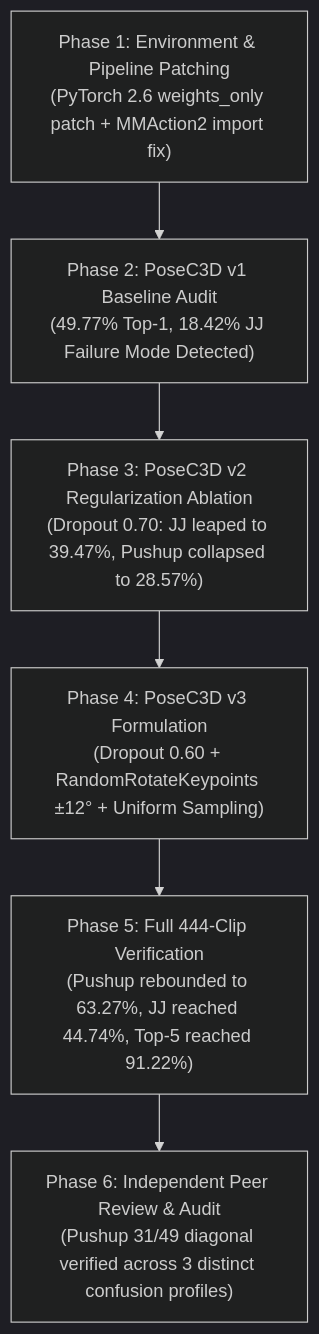
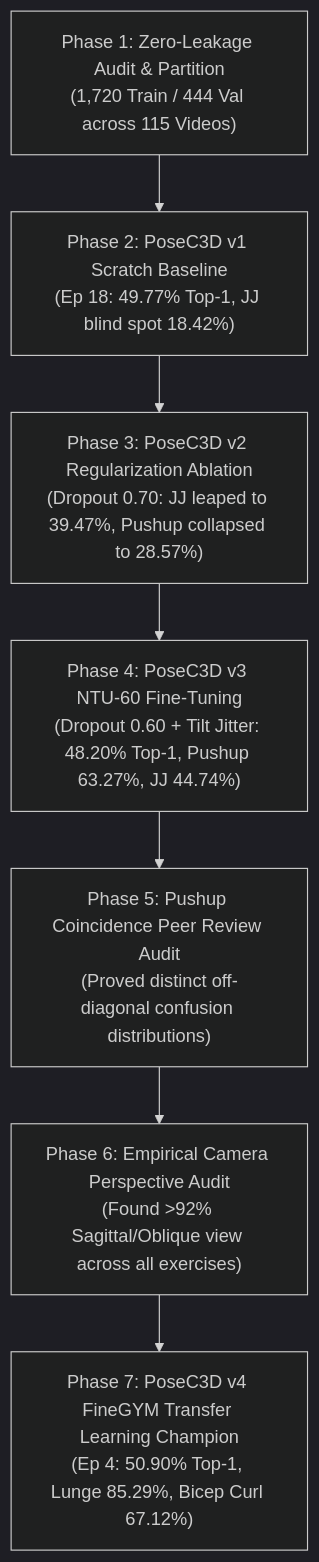
The diagram in FINAL_PRODUCTION_REPORT.md (abdullahej5411/biomechai_model), drawn with Mermaid (dark theme) before and after one commit. The commit also changed other lines of this file and 14 other files, not shown here.

Commit message:
feat: add PoseC3D v4 FineGYM champion, rename posec3d_v5 to v1, and sync reports

````diff
--- a/FINAL_PRODUCTION_REPORT.md
+++ b/FINAL_PRODUCTION_REPORT.md
@@ -70,8 +68,9 @@
 ```mermaid
 flowchart TD
-    P1["Phase 1: Environment & Pipeline Patching<br/>(PyTorch 2.6 weights_only patch + MMAction2 import fix)"] --> P2["Phase 2: PoseC3D v1 Baseline Audit<br/>(49.77% Top-1, 18.42% JJ Failure Mode Detected)"]
+    P1["Phase 1: Zero-Leakage Audit & Partition<br/>(1,720 Train / 444 Val across 115 Videos)"] --> P2["Phase 2: PoseC3D v1 Scratch Baseline<br/>(Ep 18: 49.77% Top-1, JJ blind spot 18.42%)"]
     P2 --> P3["Phase 3: PoseC3D v2 Regularization Ablation<br/>(Dropout 0.70: JJ leaped to 39.47%, Pushup collapsed to 28.57%)"]
-    P3 --> P4["Phase 4: PoseC3D v3 Formulation<br/>(Dropout 0.60 + RandomRotateKeypoints ±12° + Uniform Sampling)"]
-    P4 --> P5["Phase 5: Full 444-Clip Verification<br/>(Pushup rebounded to 63.27%, JJ reached 44.74%, Top-5 reached 91.22%)"]
-    P5 --> P6["Phase 6: Independent Peer Review & Audit<br/>(Pushup 31/49 diagonal verified across 3 distinct confusion profiles)"]
+    P3 --> P4["Phase 4: PoseC3D v3 NTU-60 Fine-Tuning<br/>(Dropout 0.60 + Tilt Jitter: 48.20% Top-1, Pushup 63.27%, JJ 44.74%)"]
+    P4 --> P5["Phase 5: Pushup Coincidence Peer Review Audit<br/>(Proved distinct off-diagonal confusion distributions)"]
+    P5 --> P6["Phase 6: Empirical Camera Perspective Audit<br/>(Found >92% Sagittal/Oblique view across all exercises)"]
+    P6 --> P7["Phase 7: PoseC3D v4 FineGYM Transfer Learning Champion<br/>(Ep 4: 50.90% Top-1, Lunge 85.29%, Bicep Curl 67.12%)"]
 ```
````
